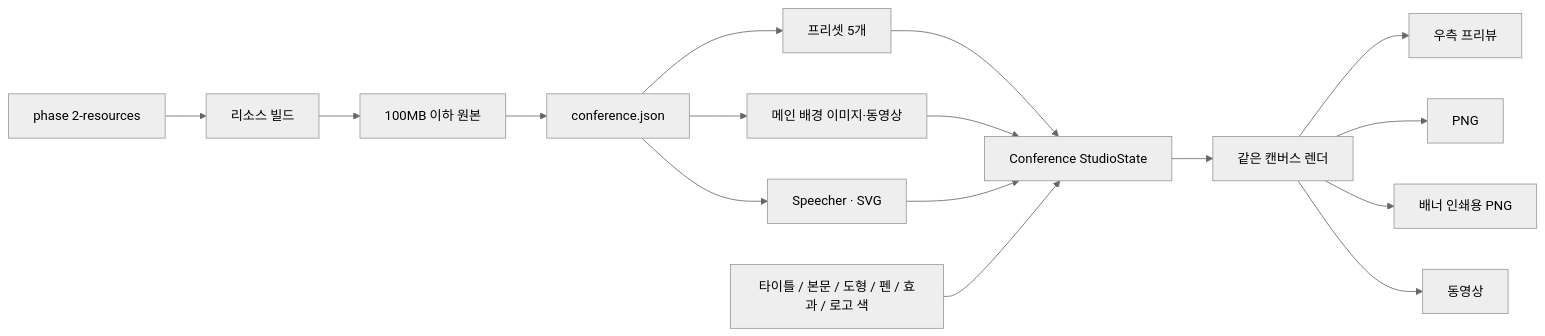
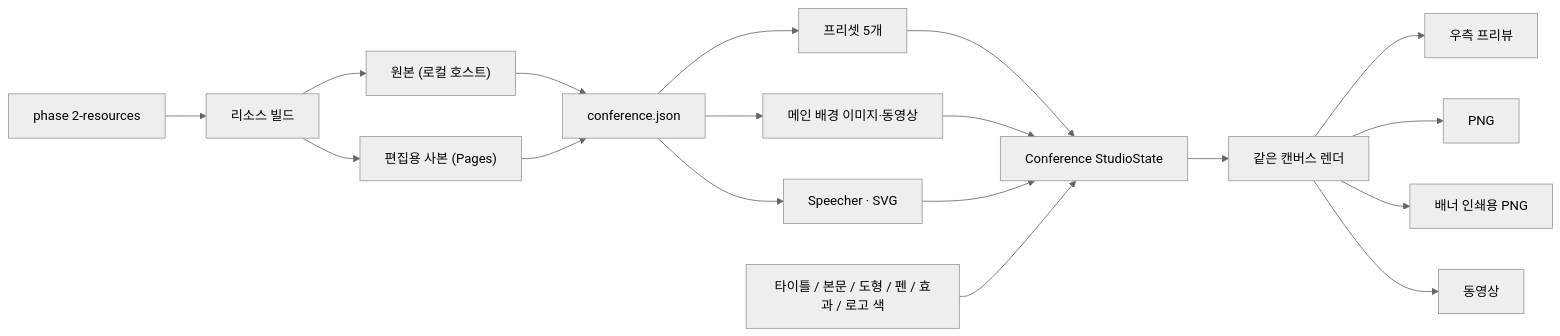
Before and after one commit to woongs2021/AX-DESIGN-TOOL: the diagram in docs/phase-2-conference-studio.md, drawn with Mermaid (neutral theme). The commit also changed other lines of this file and 5 other files, not shown here.

````diff
--- a/docs/phase-2-conference-studio.md
+++ b/docs/phase-2-conference-studio.md
@@ -233,18 +232,20 @@
 ```mermaid
 flowchart LR
   resources["phase 2-resources"] --> build["리소스 빌드"]
-  build --> original["100MB 이하 원본"]
+  build --> original["원본 (로컬 호스트)"]
+  build --> web["편집용 사본 (Pages)"]
   original --> json["conference.json"]
+  web --> json
   json --> presets["프리셋 5개"]
   json --> bg["메인 배경 이미지·동영상"]
   json --> assets["Speecher · SVG"]
   presets --> state["Conference StudioState"]
   bg --> state
   assets --> state
   inputs["타이틀 / 본문 / 도형 / 펜 / 효과 / 로고 색"] --> state
   state --> render["같은 캔버스 렌더"]
   render --> preview["우측 프리뷰"]
   render --> png["PNG"]
   render --> print["배너 인쇄용 PNG"]
   render --> video["동영상"]
 ```
````
